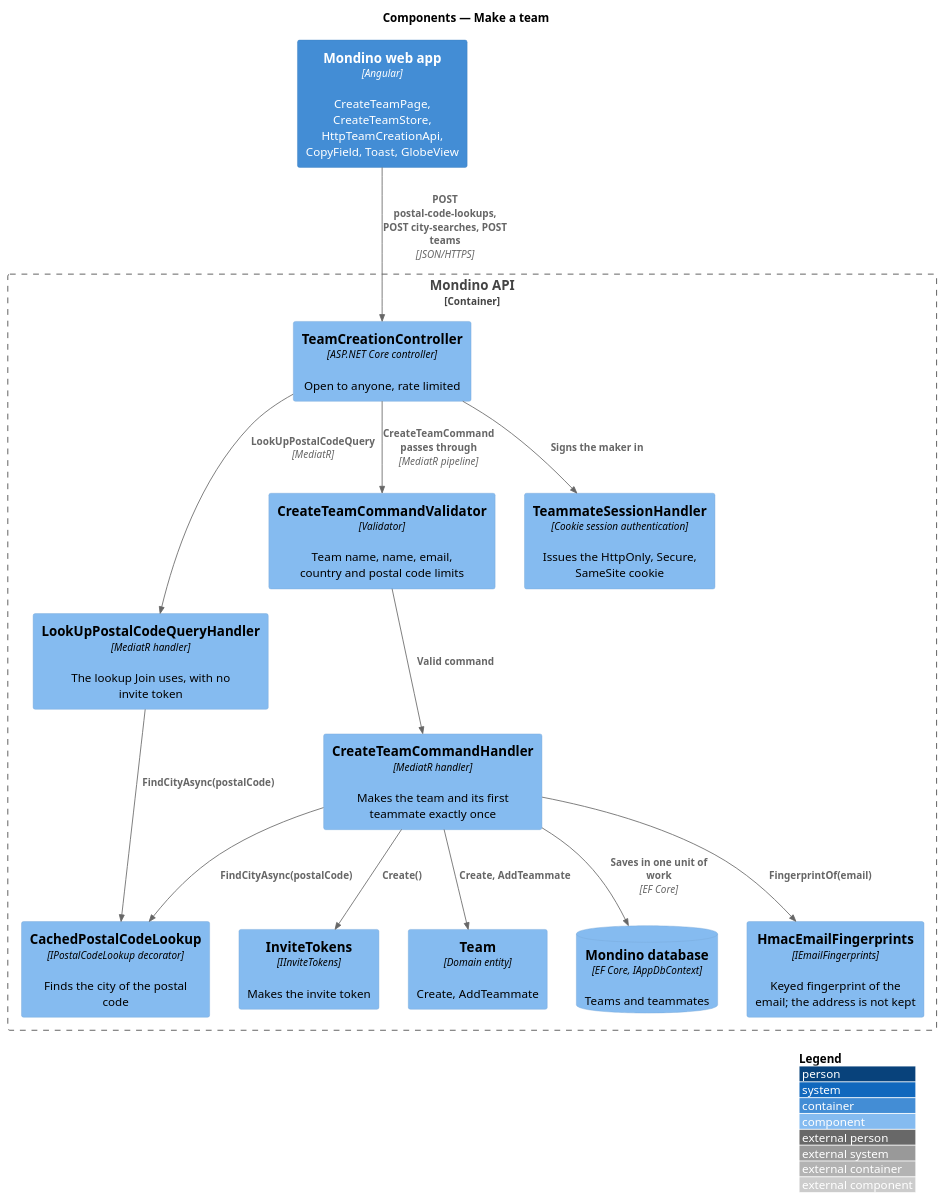
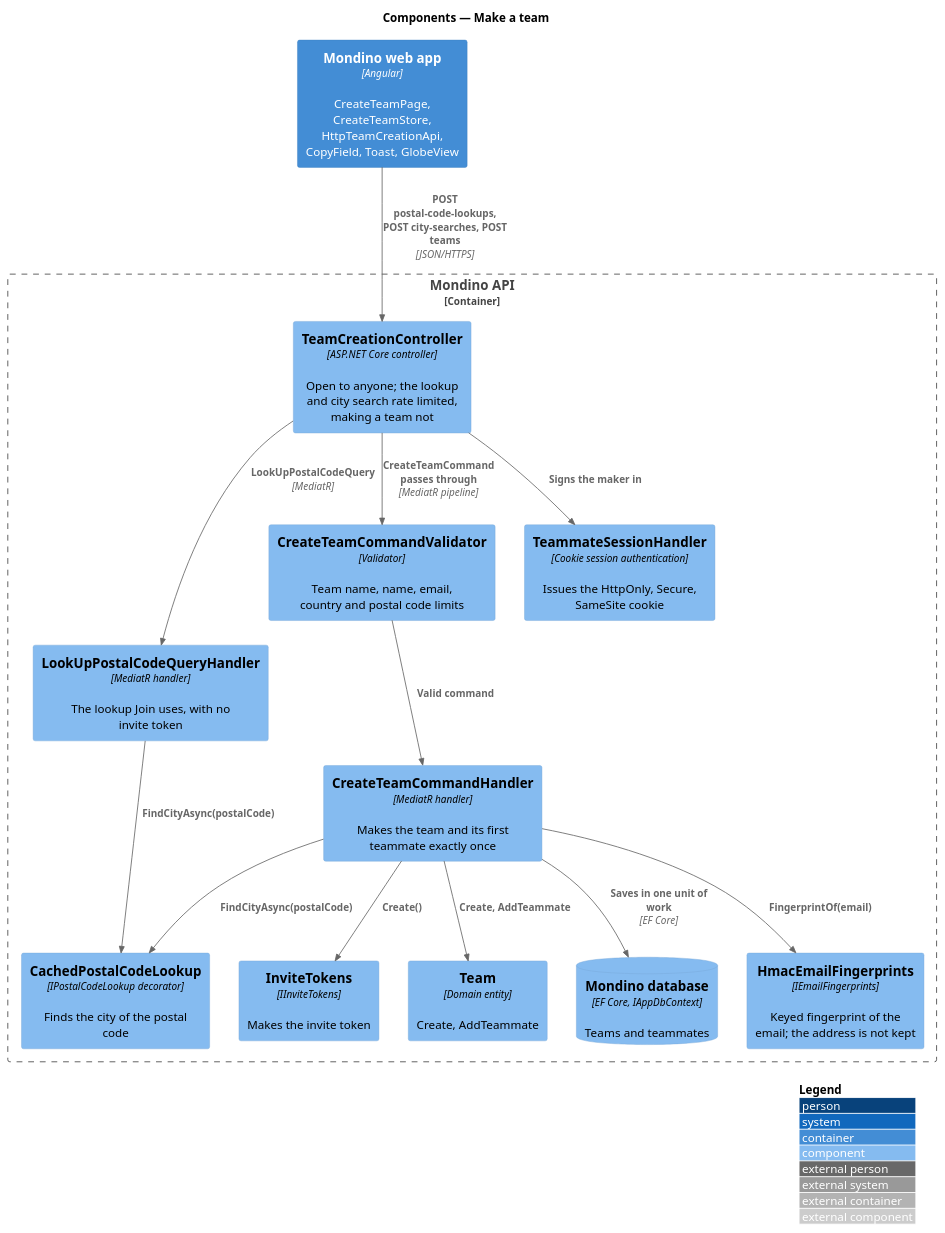
One commit to QuinntyneBrown/Mondino changed the diagram in docs/detailed-designs/joining/make-team/diagrams/c4-component.puml. Above: the diagram before and after it, drawn with PlantUML. The commit also changed 17 other files, not shown here.

First line of the commit message:
Record that making a team has no rate limit, in the mocks, specs, ADR 0016 and designs

```diff
--- a/docs/detailed-designs/joining/make-team/diagrams/c4-component.puml
+++ b/docs/detailed-designs/joining/make-team/diagrams/c4-component.puml
@@ -1,30 +1,30 @@
 @startuml
 !include <C4/C4_Component>
 LAYOUT_WITH_LEGEND()
 title Components — Make a team
 
 Container(web, "Mondino web app", "Angular", "CreateTeamPage, CreateTeamStore, HttpTeamCreationApi, CopyField, Toast, GlobeView")
 Container_Boundary(api, "Mondino API") {
-  Component(ctrl, "TeamCreationController", "ASP.NET Core controller", "Open to anyone, rate limited")
+  Component(ctrl, "TeamCreationController", "ASP.NET Core controller", "Open to anyone; the lookup and city search rate limited, making a team not")
   Component(lookupq, "LookUpPostalCodeQueryHandler", "MediatR handler", "The lookup Join uses, with no invite token")
   Component(validator, "CreateTeamCommandValidator", "Validator", "Team name, name, email, country and postal code limits")
   Component(fingerprints, "HmacEmailFingerprints", "IEmailFingerprints", "Keyed fingerprint of the email; the address is not kept")
   Component(handler, "CreateTeamCommandHandler", "MediatR handler", "Makes the team and its first teammate exactly once")
   Component(tokens, "InviteTokens", "IInviteTokens", "Makes the invite token")
   Component(lookup, "CachedPostalCodeLookup", "IPostalCodeLookup decorator", "Finds the city of the postal code")
   Component(team, "Team", "Domain entity", "Create, AddTeammate")
   Component(session, "TeammateSessionHandler", "Cookie session authentication", "Issues the HttpOnly, Secure, SameSite cookie")
   ComponentDb(db, "Mondino database", "EF Core, IAppDbContext", "Teams and teammates")
 }
 Rel(web, ctrl, "POST postal-code-lookups, POST city-searches, POST teams", "JSON/HTTPS")
 Rel(ctrl, lookupq, "LookUpPostalCodeQuery", "MediatR")
 Rel(ctrl, validator, "CreateTeamCommand passes through", "MediatR pipeline")
 Rel(validator, handler, "Valid command")
 Rel(lookupq, lookup, "FindCityAsync(postalCode)")
 Rel(handler, lookup, "FindCityAsync(postalCode)")
 Rel(handler, tokens, "Create()")
 Rel(handler, fingerprints, "FingerprintOf(email)")
 Rel(handler, team, "Create, AddTeammate")
 Rel(handler, db, "Saves in one unit of work", "EF Core")
 Rel(ctrl, session, "Signs the maker in")
 @enduml
```
